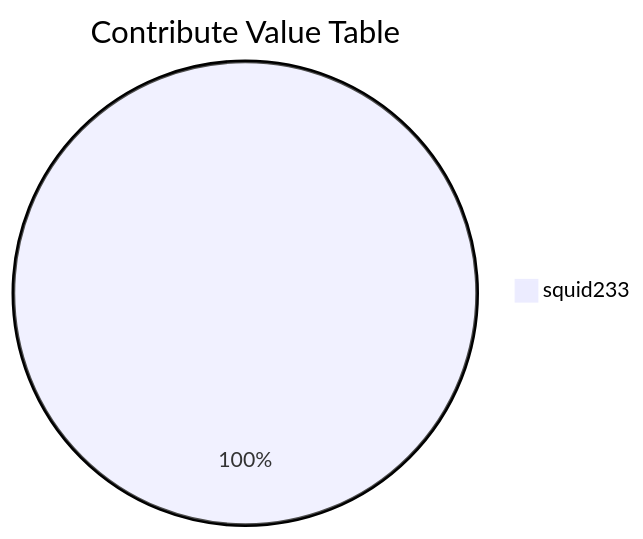
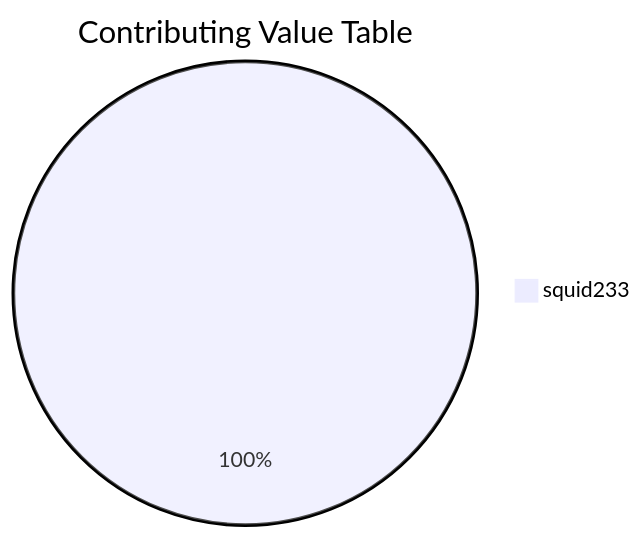
The second of 2 diagrams in README.md (Over-Run/Minecraft2D), drawn with Mermaid before and after one commit. The commit also changed other lines of this file and 27 other files, not shown here.

````diff
--- a/README.md
+++ b/README.md
@@ -124,4 +124,4 @@
 ```mermaid
-pie title Contribute Value Table
+pie title Contributing Value Table
 "squid233": 1
 ```
````
